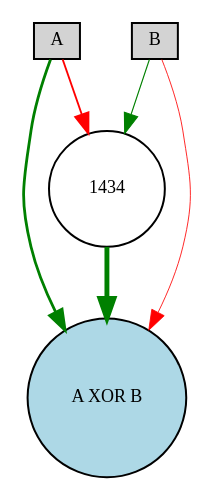
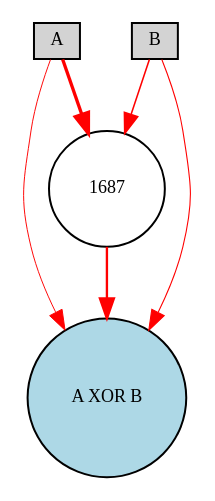
One commit to lafengxiaoyu/ENN changed the diagram in XOR/Digraph.gv. Above: the diagram before and after it, drawn with Graphviz. The commit also changed 2 other files, not shown here.

Commit message:
XOR fixed

```diff
--- a/XOR/Digraph.gv
+++ b/XOR/Digraph.gv
@@ -1,12 +1,12 @@
 digraph {
 	node [fontsize=9 height=0.2 shape=circle width=0.2]
 	A [fillcolor=lightgray shape=box style=filled]
 	B [fillcolor=lightgray shape=box style=filled]
 	"A XOR B" [fillcolor=lightblue style=filled]
-	1434 [fillcolor=white style=filled]
-	A -> "A XOR B" [color=green penwidth=1.3975046100591482 style=solid]
-	B -> 1434 [color=green penwidth=0.5542898453934207 style=solid]
-	1434 -> "A XOR B" [color=green penwidth=2.4471403150745186 style=solid]
-	A -> 1434 [color=red penwidth=0.939604155251083 style=solid]
-	B -> "A XOR B" [color=red penwidth=0.4163743605960556 style=solid]
+	1687 [fillcolor=white style=filled]
+	A -> "A XOR B" [color=red penwidth=0.47845176971536585 style=solid]
+	B -> "A XOR B" [color=red penwidth=0.5362979534315969 style=solid]
+	A -> 1687 [color=red penwidth=1.6669126804740868 style=solid]
+	1687 -> "A XOR B" [color=red penwidth=1.1762236689000032 style=solid]
+	B -> 1687 [color=red penwidth=0.7706394477398193 style=solid]
 }
```
